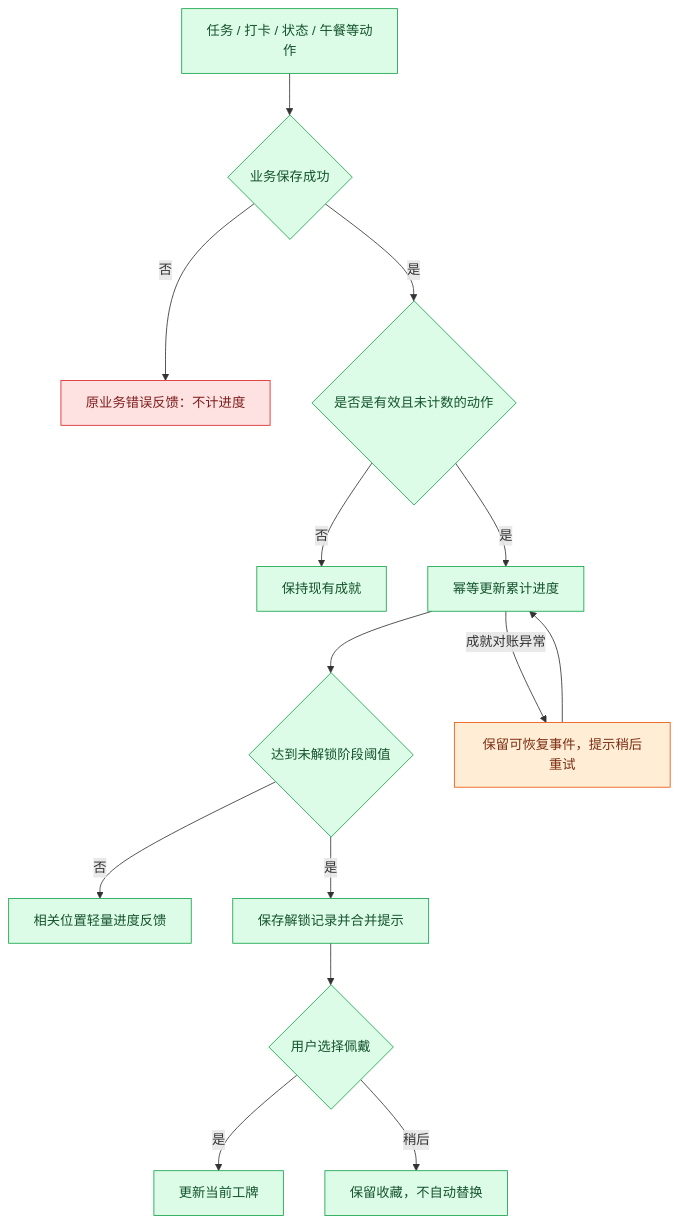
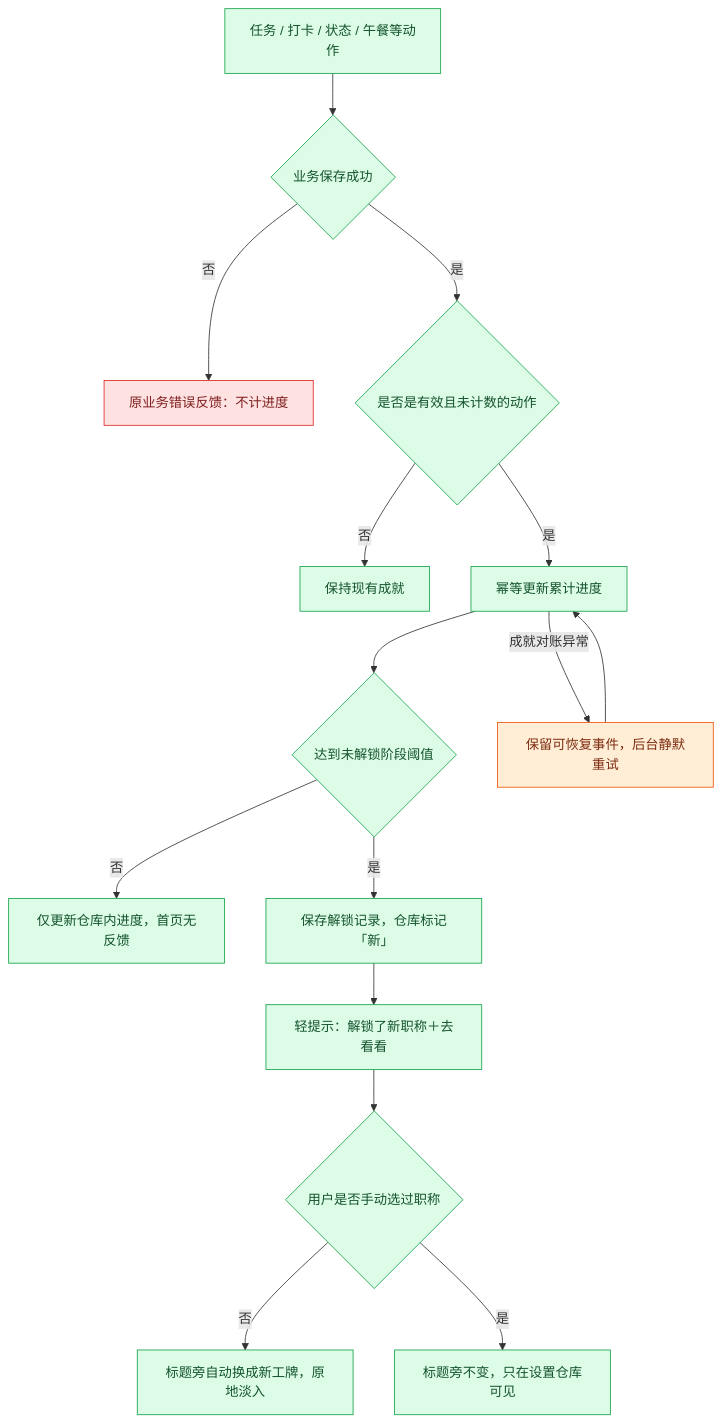
Before and after one commit to koxinyu11/Dog-cow: the first of 2 diagrams in docs/feature-plans/absurd-titles.md, drawn with Mermaid. The commit also changed other lines of this file and 34 other files, not shown here.

````diff
--- a/docs/feature-plans/absurd-titles.md
+++ b/docs/feature-plans/absurd-titles.md
@@ -107,22 +333,23 @@
 ```mermaid
 flowchart TD
     A[任务 / 打卡 / 状态 / 午餐等动作] --> B{业务保存成功}
     B -->|否| X[原业务错误反馈：不计进度]
     B -->|是| C{是否是有效且未计数的动作}
     C -->|否| D[保持现有成就]
     C -->|是| E[幂等更新累计进度]
     E --> F{达到未解锁阶段阈值}
-    F -->|否| G[相关位置轻量进度反馈]
-    F -->|是| H[保存解锁记录并合并提示]
-    H --> I{用户选择佩戴}
-    I -->|是| J[更新当前工牌]
-    I -->|稍后| K[保留收藏，不自动替换]
-    E -->|成就对账异常| R[保留可恢复事件，提示稍后重试]
+    F -->|否| G[仅更新仓库内进度，首页无反馈]
+    F -->|是| H[保存解锁记录，仓库标记「新」]
+    H --> T[轻提示：解锁了新职称＋去看看]
+    T --> I{用户是否手动选过职称}
+    I -->|否| J[标题旁自动换成新工牌，原地淡入]
+    I -->|是| K[标题旁不变，只在设置仓库可见]
+    E -->|成就对账异常| R[保留可恢复事件，后台静默重试]
     R --> E
     classDef normal fill:#dcfce7,stroke:#16a34a,color:#14532d
     classDef fallback fill:#ffedd5,stroke:#ea580c,color:#7c2d12
     classDef error fill:#fee2e2,stroke:#dc2626,color:#7f1d1d
-    class A,B,C,D,E,F,G,H,I,J,K normal
+    class A,B,C,D,E,F,G,H,T,I,J,K normal
     class R fallback
     class X error
 ```
````
